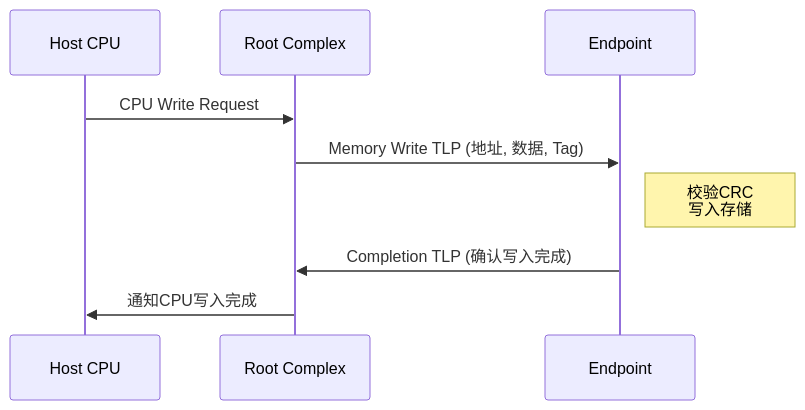
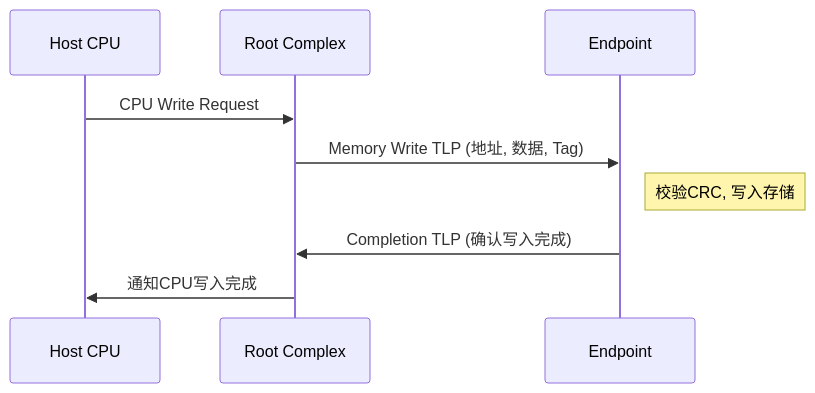
The ninth of 20 diagrams in AI Infra相关/hardware/pcie总线时序分析.md (carlvinhust2012/MyStudy), drawn with Mermaid before and after one commit. The commit also changed other lines of this file, not shown here.

````diff
--- a/AI Infra相关/hardware/pcie总线时序分析.md
+++ b/AI Infra相关/hardware/pcie总线时序分析.md
@@ -228,14 +362,14 @@
 ```mermaid
 sequenceDiagram
     participant Host as Host CPU
     participant RC as Root Complex
     participant EP as Endpoint
 
     Host->>RC: CPU Write Request
     RC->>EP: Memory Write TLP (地址, 数据, Tag)
 
-    Note right of EP: 校验CRC<br/>写入存储
+    Note right of EP: 校验CRC, 写入存储
 
     EP->>RC: Completion TLP (确认写入完成)
     RC->>Host: 通知CPU写入完成
 ```
````
